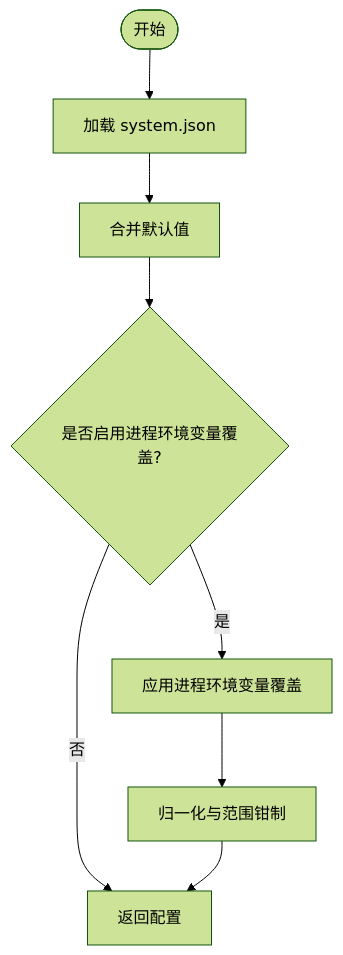
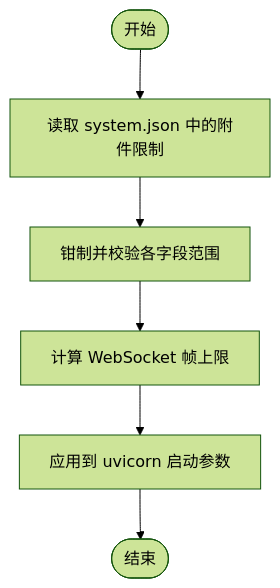
Before and after one commit to gongzili456/DeepTutor: the third of 5 diagrams in .qoder/repowiki/zh/content/配置管理/系统配置.md, drawn with Mermaid (forest theme). The commit also changed other lines of this file and 1242 other files, not shown here.

````diff
--- a/.qoder/repowiki/zh/content/配置管理/系统配置.md
+++ b/.qoder/repowiki/zh/content/配置管理/系统配置.md
@@ -122,10 +178,8 @@
 ```mermaid
 flowchart TD
-Start(["开始"]) --> Load["加载 system.json"]
-Load --> MergeDefault["合并默认值"]
-MergeDefault --> EnvCheck{"是否启用进程环境变量覆盖?"}
-EnvCheck --> |否| ReturnCfg["返回配置"]
-EnvCheck --> |是| ApplyEnv["应用进程环境变量覆盖"]
-ApplyEnv --> Normalize["归一化与范围钳制"]
-Normalize --> ReturnCfg
+Start(["开始"]) --> ReadSystem["读取 system.json 中的附件限制"]
+ReadSystem --> Clamp["钳制并校验各字段范围"]
+Clamp --> ComputeWS["计算 WebSocket 帧上限"]
+ComputeWS --> Apply["应用到 uvicorn 启动参数"]
+Apply --> End(["结束"])
 ```
````
